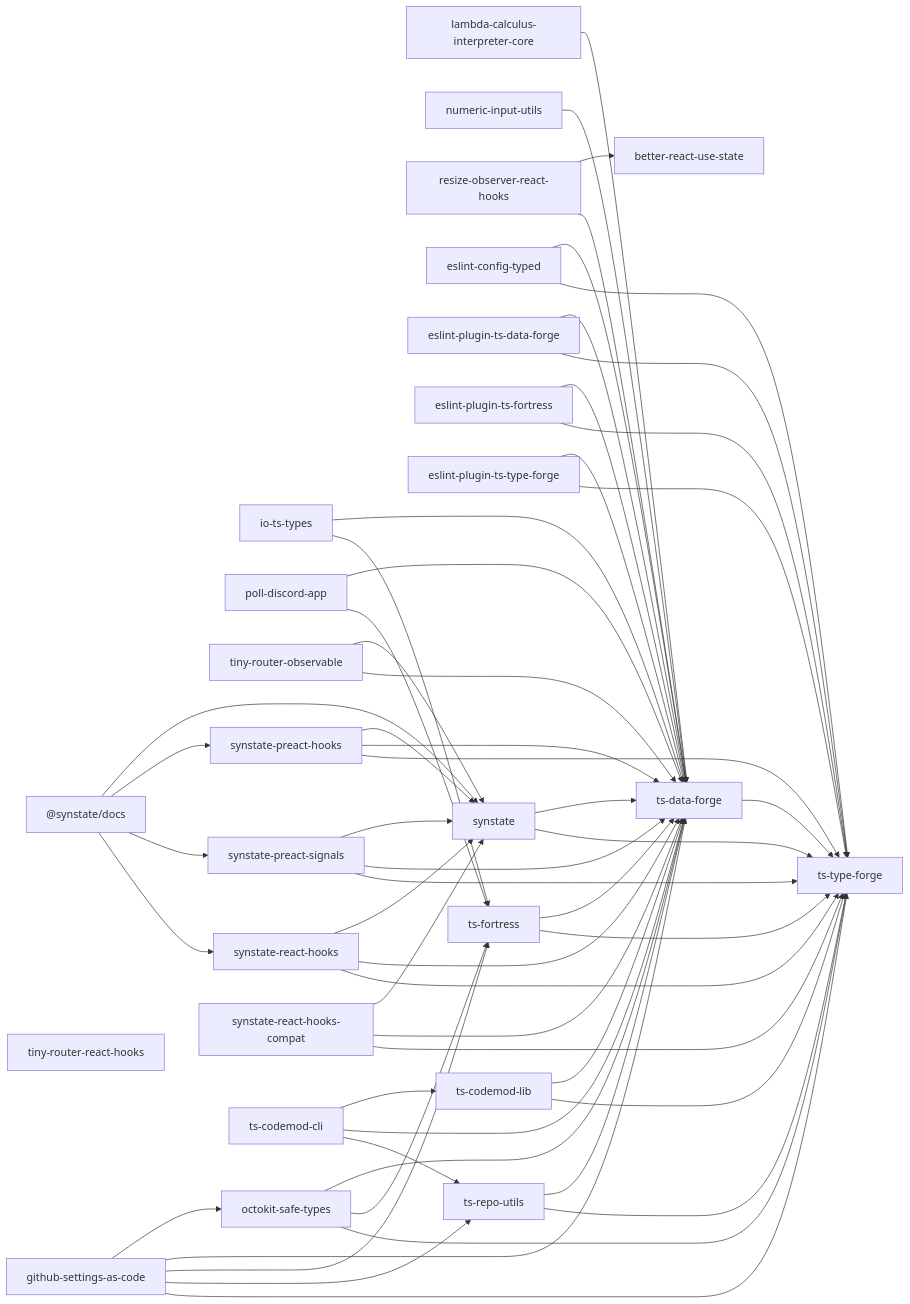
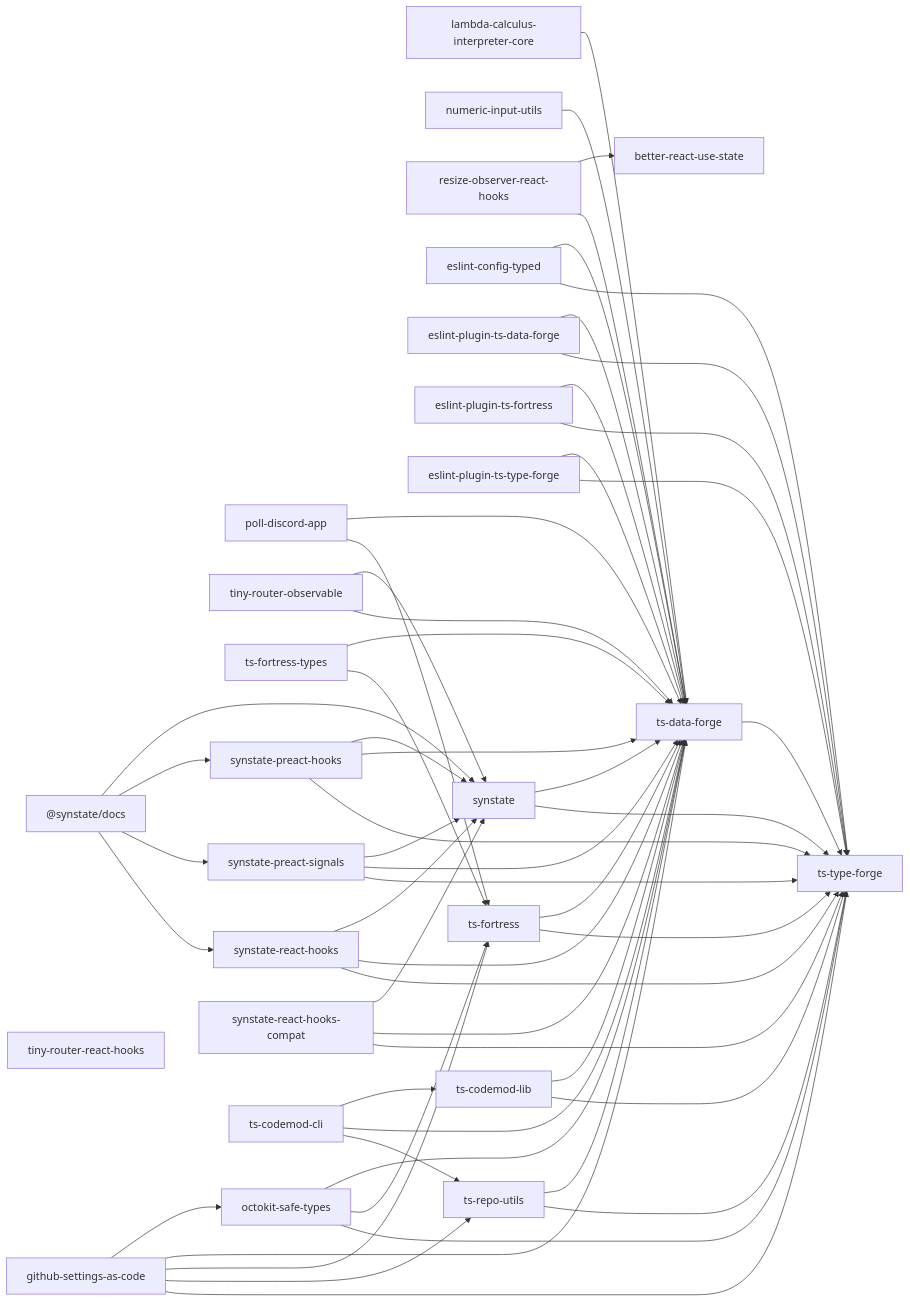
The diagram in docs/package-dependencies.md (noshiro-pf/mono), drawn with Mermaid before and after one commit. The commit also changed other lines of this file and 27 other files, not shown here.

First line of the commit message:
refactor: io-ts-types を ts-fortress-types に改名 (#1710)

````diff
--- a/docs/package-dependencies.md
+++ b/docs/package-dependencies.md
@@ -13,6 +13,5 @@
 ```mermaid
 graph LR
-  io_ts_types["io-ts-types"]
   lambda_calculus_interpreter_core["lambda-calculus-interpreter-core"]
   numeric_input_utils["numeric-input-utils"]
   poll_discord_app["poll-discord-app"]
@@ -20,6 +19,7 @@
   _synstate_docs["@synstate/docs"]
   tiny_router_observable["tiny-router-observable"]
   tiny_router_react_hooks["tiny-router-react-hooks"]
+  ts_fortress_types["ts-fortress-types"]
   better_react_use_state["better-react-use-state"]
   eslint_config_typed["eslint-config-typed"]
   eslint_plugin_ts_data_forge["eslint-plugin-ts-data-forge"]
@@ -38,8 +38,6 @@
   ts_fortress["ts-fortress"]
   ts_repo_utils["ts-repo-utils"]
   ts_type_forge["ts-type-forge"]
-  io_ts_types --> ts_data_forge
-  io_ts_types --> ts_fortress
   lambda_calculus_interpreter_core --> ts_data_forge
   numeric_input_utils --> ts_data_forge
   poll_discord_app --> ts_data_forge
@@ -52,6 +50,8 @@
   _synstate_docs --> synstate_react_hooks
   tiny_router_observable --> synstate
   tiny_router_observable --> ts_data_forge
+  ts_fortress_types --> ts_data_forge
+  ts_fortress_types --> ts_fortress
   eslint_config_typed --> ts_data_forge
   eslint_config_typed --> ts_type_forge
   eslint_plugin_ts_data_forge --> ts_data_forge
````
